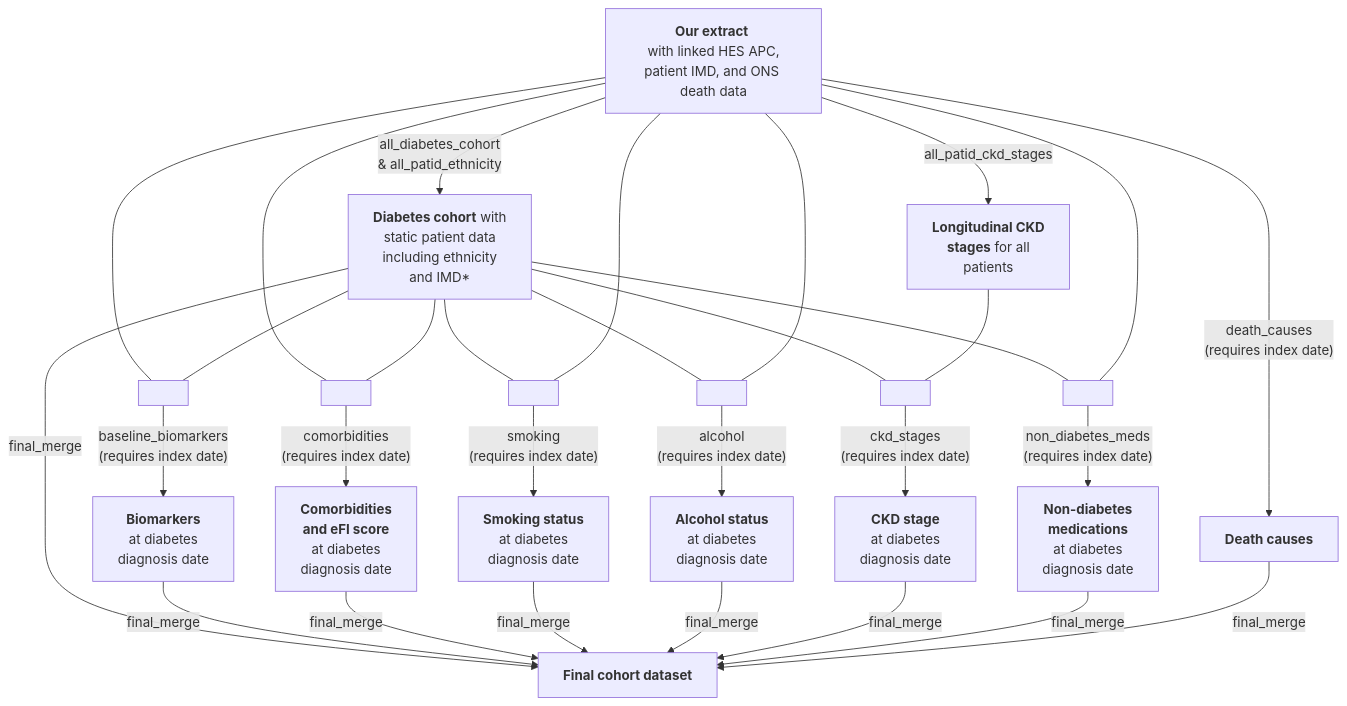
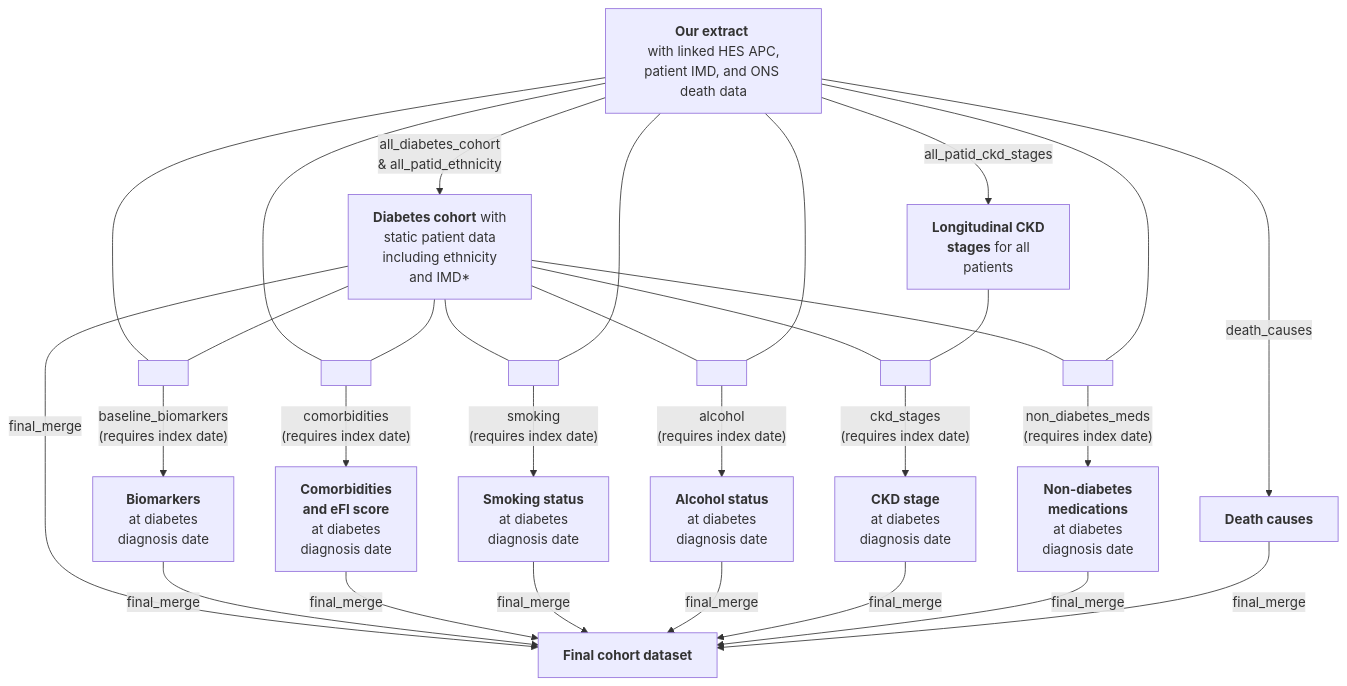
Before and after one commit to Exeter-Diabetes/CPRD-Cohort-scripts: the diagram in 01-At-diagnosis/README.md, drawn with Mermaid.

````diff
--- a/01-At-diagnosis/README.md
+++ b/01-At-diagnosis/README.md
@@ -11,40 +11,40 @@
 ```mermaid
 graph TD;
     A["<b>Our extract</b> <br> with linked HES APC, patient IMD, and ONS death data"] --> |"all_diabetes_cohort <br> & all_patid_ethnicity"|B["<b>Diabetes cohort</b> with <br> static patient data <br> including ethnicity <br> and IMD*"]
     A-->|"all_patid_ckd_stages"|C["<b>Longitudinal CKD <br> stages</b> for all <br> patients"]
 
-    A-->|"death_causes <br> (requires index date)"|L["<b>Death causes</b>"]
+    A-->|"death_causes"|L["<b>Death causes</b>"]
 
     A---M[ ]:::empty
     B---M
     M-->|"baseline_biomarkers <br> (requires index date)"|E["<b>Biomarkers</b> <br> at diabetes <br> diagnosis date"]
    
     A---N[ ]:::empty
     B---N
     N-->|"comorbidities <br> (requires index date)"|F["<b>Comorbidities<br>and eFI score</b> <br> at diabetes <br> diagnosis date"]
 
     B---O[ ]:::empty
     A---O
     O-->|"smoking <br> (requires index date)"|G["<b>Smoking status</b> <br> at diabetes <br> diagnosis date"]
     
     B---P[ ]:::empty
     A---P
     P-->|"alcohol <br> (requires index date)"|H["<b>Alcohol status</b> <br> at diabetes <br> diagnosis date"]
 
     B---R[ ]:::empty
     A---R
     R-->|"non_diabetes_meds <br> (requires index date)"|K["<b>Non-diabetes<br>medications</b> <br> at diabetes <br> diagnosis date"]
 
     B---Q[ ]:::empty
     C---Q
     Q-->|"ckd_stages <br> (requires index date)"|I["<b>CKD stage </b> <br> at diabetes <br> diagnosis date"]
 
     B-->|"final_merge"|J["<b>Final cohort dataset</b>"]
     E-->|"final_merge"|J
     F-->|"final_merge"|J
     G-->|"final_merge"|J
     H-->|"final_merge"|J
     I-->|"final_merge"|J
     K-->|"final_merge"|J
     L-->|"final_merge"|J
 ```
````
